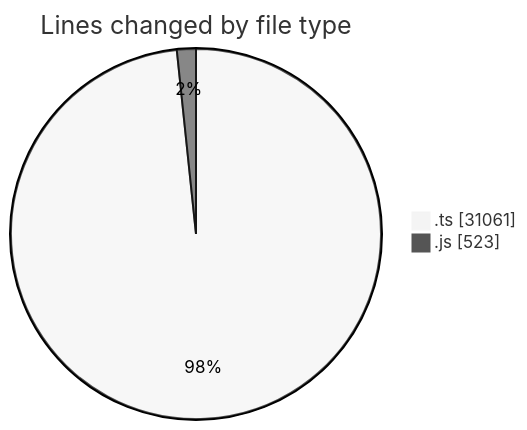
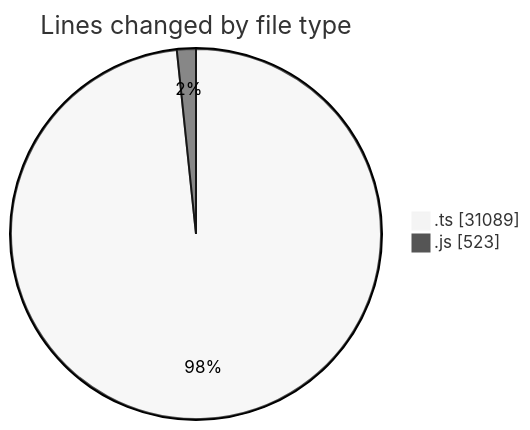
Before and after one commit to momahboobian/code-tracking: the first of 2 diagrams in 2025-07-31/cda/README.md, drawn with Mermaid (neutral theme). The commit also changed other lines of this file and 1 other file, not shown here.

````diff
--- a/2025-07-31/cda/README.md
+++ b/2025-07-31/cda/README.md
@@ -23,6 +23,6 @@
 ```mermaid
 pie showData
 title Lines changed by file type
-".ts" : 31061
+".ts" : 31089
 ".js" : 523
 ```
````
